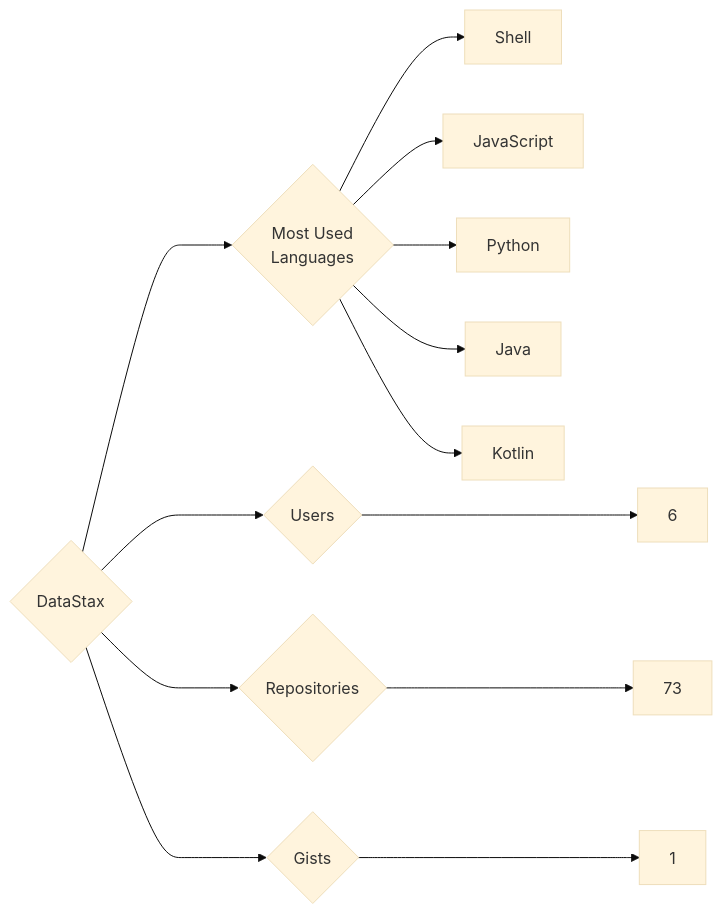
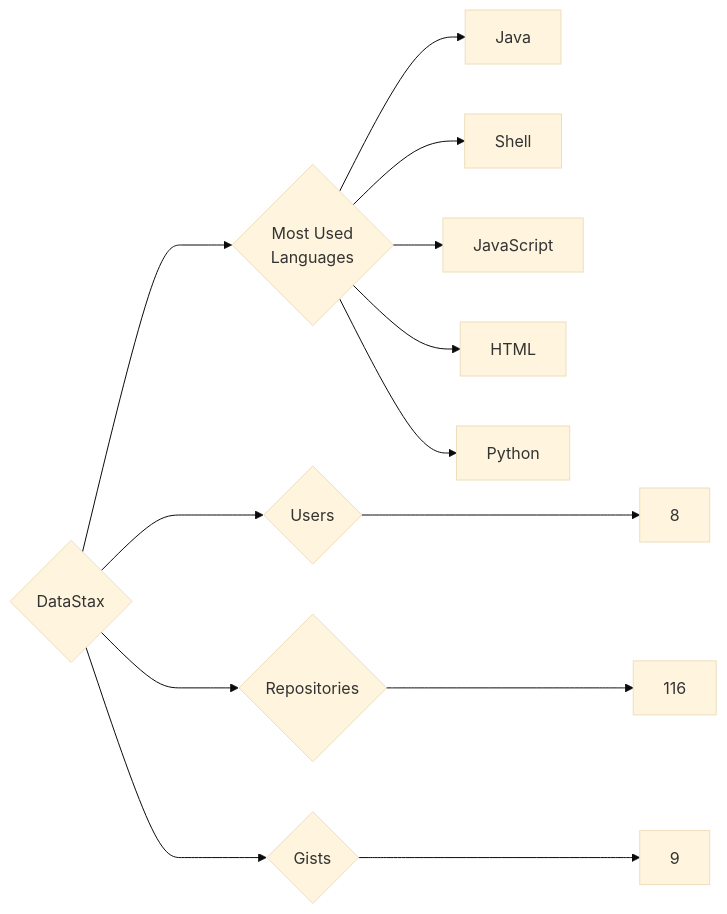
Before and after one commit to trickest/insiders: the diagram in targets/DataStax/README.md, drawn with Mermaid (base theme). The commit also changed 865 other files, not shown here.

````diff
--- a/targets/DataStax/README.md
+++ b/targets/DataStax/README.md
@@ -3,13 +3,13 @@
 ```mermaid
 graph LR
 COMPANY_NAME{DataStax}
-COMPANY_NAME ---> U{Users} ---> UN[6]
-COMPANY_NAME ---> R{Repositories} ---> RN[73]
-COMPANY_NAME ---> G{Gists} ---> GN[1]
+COMPANY_NAME ---> U{Users} ---> UN[8]
+COMPANY_NAME ---> R{Repositories} ---> RN[116]
+COMPANY_NAME ---> G{Gists} ---> GN[9]
 COMPANY_NAME ---> ML{Most Used<br>Languages}
+ML --> Java[Java]
 ML --> Shell[Shell]
 ML --> JavaScript[JavaScript]
+ML --> HTML[HTML]
 ML --> Python[Python]
-ML --> Java[Java]
-ML --> Kotlin[Kotlin]
 ```
````
